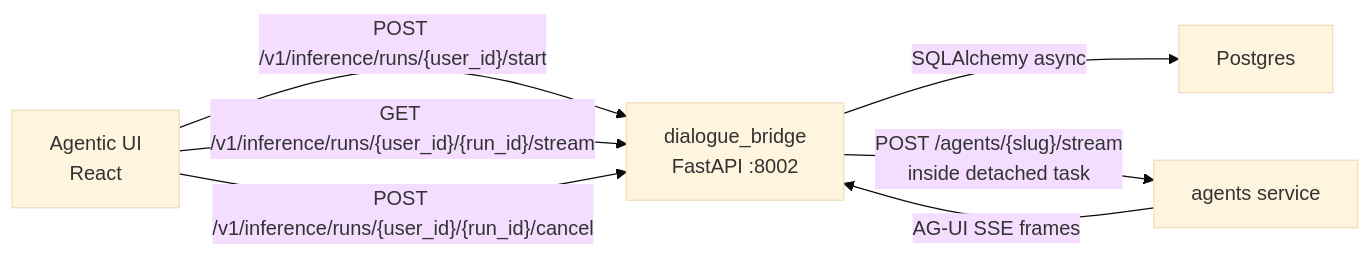
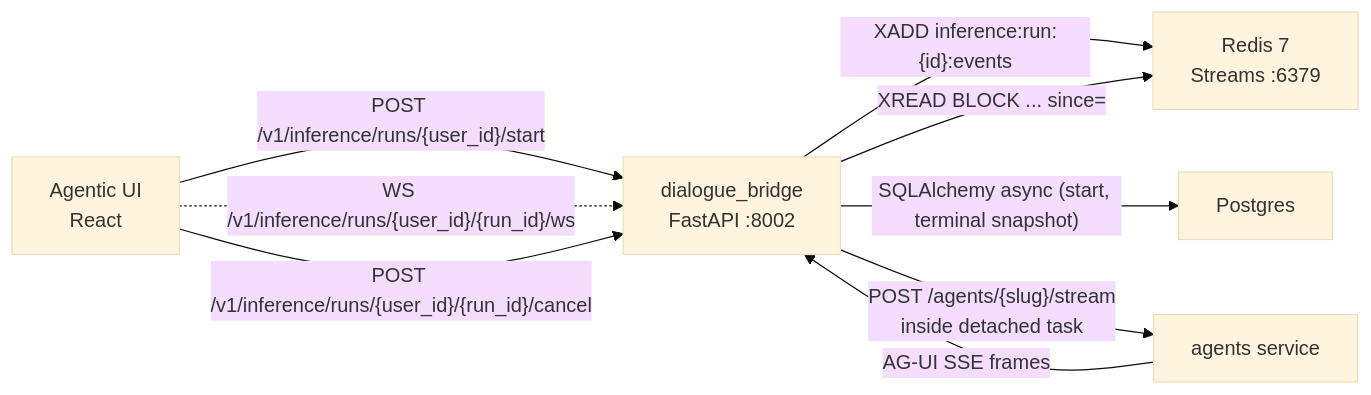
One commit to konstantinosmpouros/mAgenticX changed the first of 9 diagrams in docs/flows/inference-streaming.md. Above: the diagram before and after it, drawn with Mermaid (base theme). The commit also changed other lines of this file and 26 other files, not shown here.

Commit message:
Migrate inference streaming to WebSocket + Redis

````diff
--- a/docs/flows/inference-streaming.md
+++ b/docs/flows/inference-streaming.md
@@ -11,14 +13,17 @@
 ```mermaid
 flowchart LR
     UI["Agentic UI\nReact"]
     Bridge["dialogue_bridge\nFastAPI :8002"]
+    Redis["Redis 7\nStreams :6379"]
     PG["Postgres"]
     Agents["agents service"]
 
     UI -->|"POST /v1/inference/runs/{user_id}/start"| Bridge
-    UI -->|"GET /v1/inference/runs/{user_id}/{run_id}/stream"| Bridge
+    UI -.->|"WS /v1/inference/runs/{user_id}/{run_id}/ws"| Bridge
     UI -->|"POST /v1/inference/runs/{user_id}/{run_id}/cancel"| Bridge
-    Bridge -->|"SQLAlchemy async"| PG
+    Bridge -->|"XADD inference:run:{id}:events"| Redis
+    Bridge -->|"XREAD BLOCK ... since=<seq>"| Redis
+    Bridge -->|"SQLAlchemy async (start, terminal snapshot)"| PG
     Bridge -->|"POST /agents/{slug}/stream\ninside detached task"| Agents
     Agents -->|"AG-UI SSE frames"| Bridge
 ```
````
